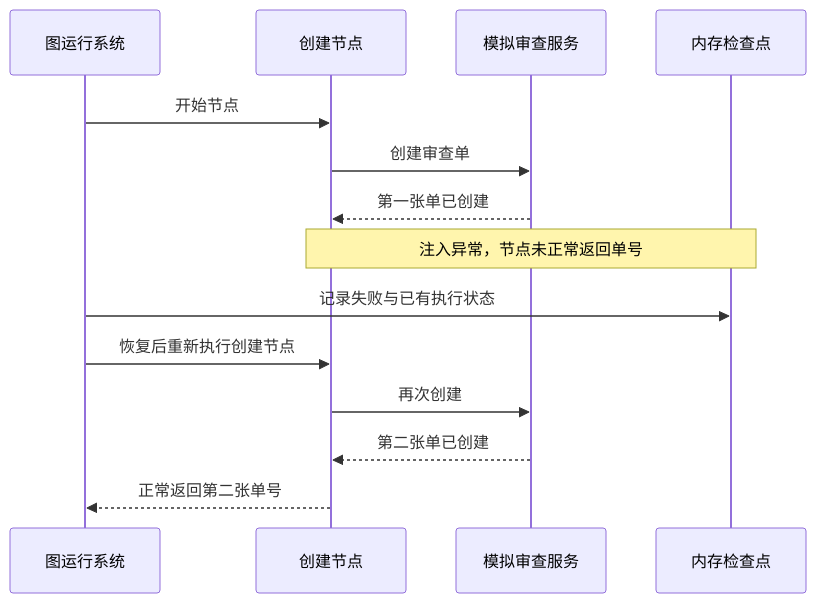
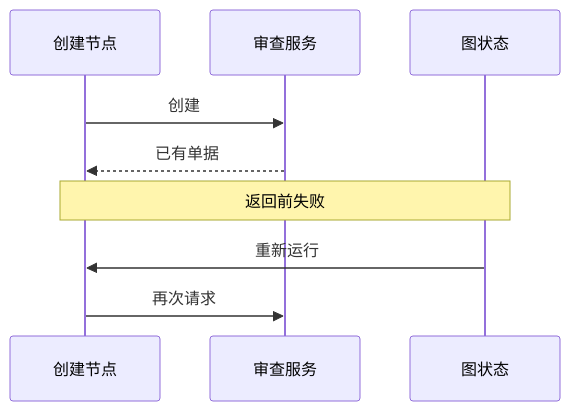
Before and after one commit to Mar-garet/agent-book: the second of 2 diagrams in book/14-resume-and-side-effects.md, drawn with Mermaid. The commit also changed other lines of this file and 47 other files, not shown here.

````diff
--- a/book/14-resume-and-side-effects.md
+++ b/book/14-resume-and-side-effects.md
@@ -78,17 +69,12 @@
 ```mermaid
-%% 已运行故障场景的关键顺序：服务创建之后，节点尚未交付
+%% 图状态还不知道外部创建已经成功
 sequenceDiagram
-    participant G as 图运行系统
     participant N as 创建节点
-    participant S as 模拟审查服务
-    participant C as 内存检查点
-    G->>N: 开始节点
-    N->>S: 创建审查单
-    S-->>N: 第一张单已创建
-    Note over N,C: 注入异常，节点未正常返回单号
-    G->>C: 记录失败与已有执行状态
-    G->>N: 恢复后重新执行创建节点
-    N->>S: 再次创建
-    S-->>N: 第二张单已创建
-    N-->>G: 正常返回第二张单号
+    participant S as 审查服务
+    participant G as 图状态
+    N->>S: 创建
+    S-->>N: 已有单据
+    Note over N,G: 返回前失败
+    G->>N: 重新运行
+    N->>S: 再次请求
 ```
````
